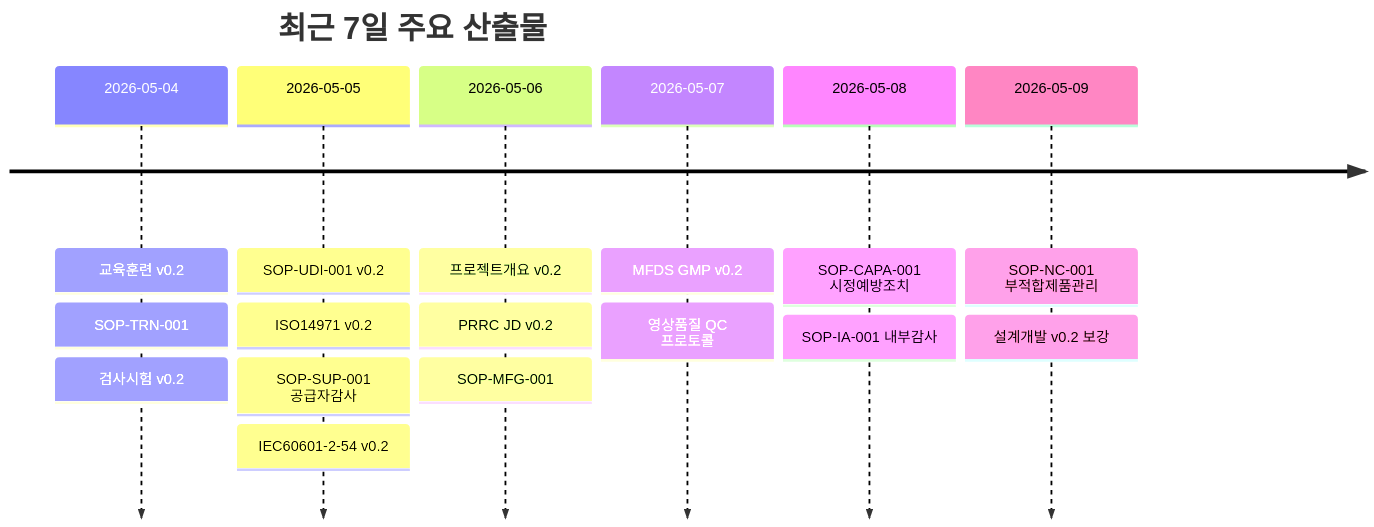
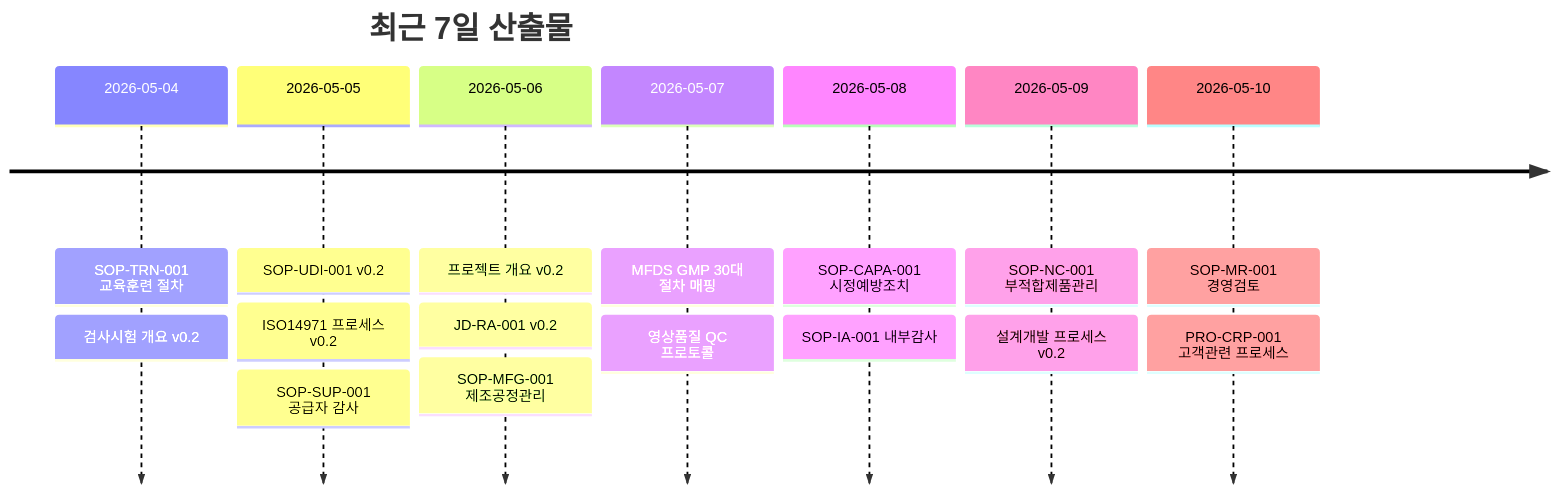
The third of 4 diagrams in README.md (holee9/MD-process), drawn with Mermaid before and after one commit. The commit also changed other lines of this file, not shown here.

````diff
--- a/README.md
+++ b/README.md
@@ -126,10 +143,20 @@
 ```mermaid
 timeline
-    title 최근 7일 주요 산출물
-    2026-05-04 : 교육훈련 v0.2 : SOP-TRN-001 : 검사시험 v0.2
-    2026-05-05 : SOP-UDI-001 v0.2 : ISO14971 v0.2 : SOP-SUP-001 공급자감사 : IEC60601-2-54 v0.2
-    2026-05-06 : 프로젝트개요 v0.2 : PRRC JD v0.2 : SOP-MFG-001
-    2026-05-07 : MFDS GMP v0.2 : 영상품질 QC 프로토콜
-    2026-05-08 : SOP-CAPA-001 시정예방조치 : SOP-IA-001 내부감사
-    2026-05-09 : SOP-NC-001 부적합제품관리 : 설계개발 v0.2 보강
+    title 최근 7일 산출물
+    2026-05-04 : SOP-TRN-001 교육훈련 절차
+               : 검사시험 개요 v0.2
+    2026-05-05 : SOP-UDI-001 v0.2
+               : ISO14971 프로세스 v0.2
+               : SOP-SUP-001 공급자 감사
+    2026-05-06 : 프로젝트 개요 v0.2
+               : JD-RA-001 v0.2
+               : SOP-MFG-001 제조공정관리
+    2026-05-07 : MFDS GMP 30대 절차 매핑
+               : 영상품질 QC 프로토콜
+    2026-05-08 : SOP-CAPA-001 시정예방조치
+               : SOP-IA-001 내부감사
+    2026-05-09 : SOP-NC-001 부적합제품관리
+               : 설계개발 프로세스 v0.2
+    2026-05-10 : SOP-MR-001 경영검토
+               : PRO-CRP-001 고객관련 프로세스
 ```
````
